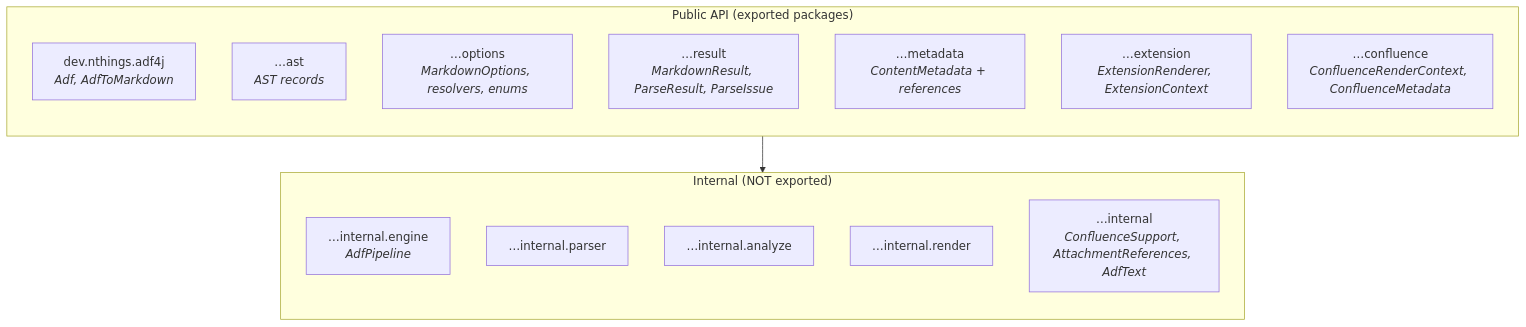
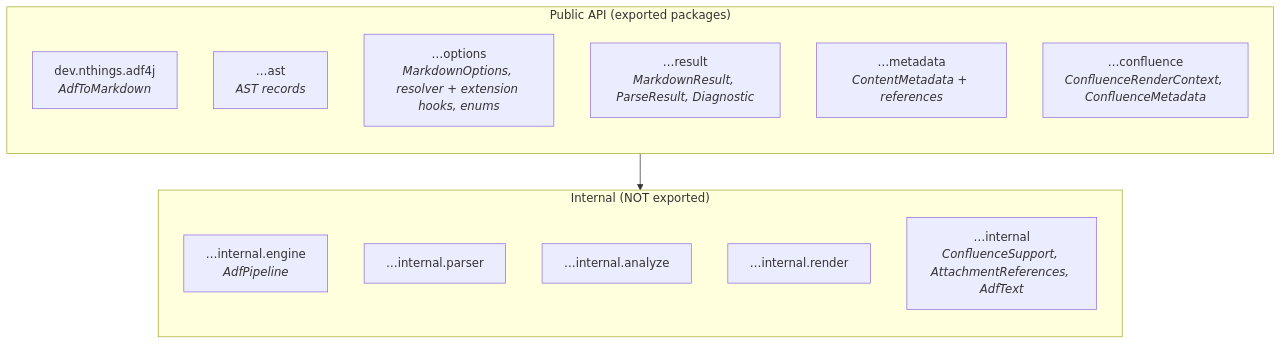
Before and after one commit to thiagogcm/adf4j: the second of 9 diagrams in docs/architecture.md, drawn with Mermaid. The commit also changed other lines of this file and 60 other files, not shown here.

````diff
--- a/docs/architecture.md
+++ b/docs/architecture.md
@@ -69,24 +69,23 @@
 ```mermaid
 flowchart TB
     subgraph public["Public API (exported packages)"]
         direction TB
-        p1["dev.nthings.adf4j<br/><i>Adf, AdfToMarkdown</i>"]
+        p1["dev.nthings.adf4j<br/><i>AdfToMarkdown</i>"]
         p2["…ast<br/><i>AST records</i>"]
-        p3["…options<br/><i>MarkdownOptions, resolvers, enums</i>"]
-        p4["…result<br/><i>MarkdownResult, ParseResult, ParseIssue</i>"]
+        p3["…options<br/><i>MarkdownOptions, resolver + extension hooks, enums</i>"]
+        p4["…result<br/><i>MarkdownResult, ParseResult, Diagnostic</i>"]
         p5["…metadata<br/><i>ContentMetadata + references</i>"]
-        p6["…extension<br/><i>ExtensionRenderer, ExtensionContext</i>"]
-        p7["…confluence<br/><i>ConfluenceRenderContext, ConfluenceMetadata</i>"]
+        p6["…confluence<br/><i>ConfluenceRenderContext, ConfluenceMetadata</i>"]
     end
 
     subgraph internal["Internal (NOT exported)"]
         direction TB
         i1["…internal.engine<br/><i>AdfPipeline</i>"]
         i2["…internal.parser"]
         i3["…internal.analyze"]
         i4["…internal.render"]
         i5["…internal<br/><i>ConfluenceSupport, AttachmentReferences, AdfText</i>"]
     end
 
     public --> internal
 ```
````
